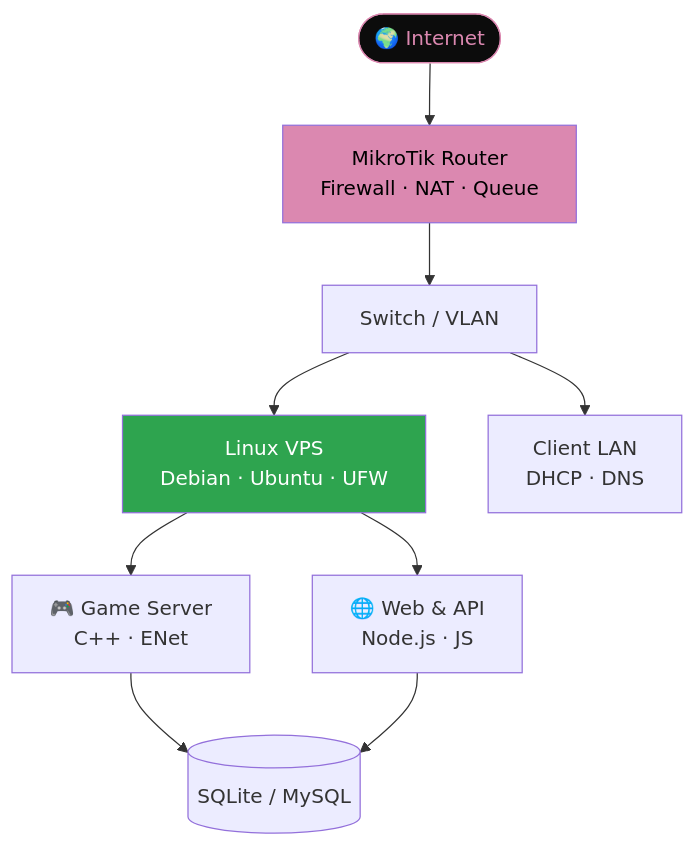
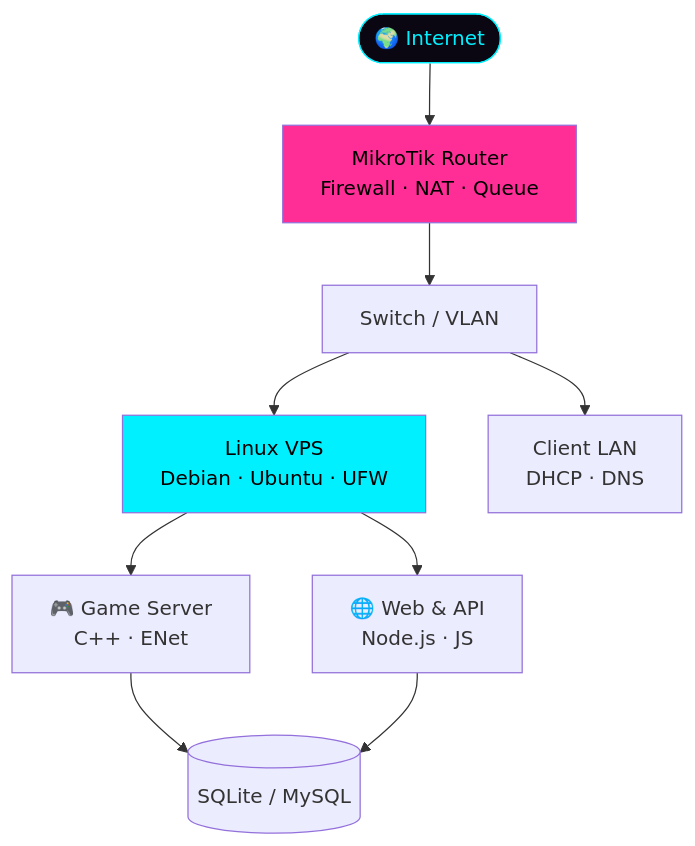
One commit to rqzaa/rqzaa changed the diagram in README.md. Above: the diagram before and after it, drawn with Mermaid. The commit also changed other lines of this file, not shown here.

````diff
--- a/README.md
+++ b/README.md
@@ -54,14 +64,14 @@
 ```mermaid
 flowchart TD
     I(["🌍 Internet"]) --> R["MikroTik Router<br/>Firewall · NAT · Queue"]
     R --> S["Switch / VLAN"]
     S --> V["Linux VPS<br/>Debian · Ubuntu · UFW"]
     S --> C["Client LAN<br/>DHCP · DNS"]
     V --> G["🎮 Game Server<br/>C++ · ENet"]
     V --> W["🌐 Web & API<br/>Node.js · JS"]
     G --> D[("SQLite / MySQL")]
     W --> D
-    style I fill:#0c0c0c,color:#DB88B0,stroke:#DB88B0
-    style R fill:#DB88B0,color:#000
-    style V fill:#2ea44f,color:#fff
+    style I fill:#0a0612,color:#00f0ff,stroke:#00f0ff
+    style R fill:#ff2e97,color:#000
+    style V fill:#00f0ff,color:#000
 ```
````
